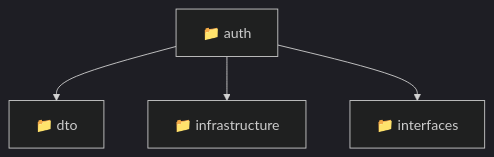
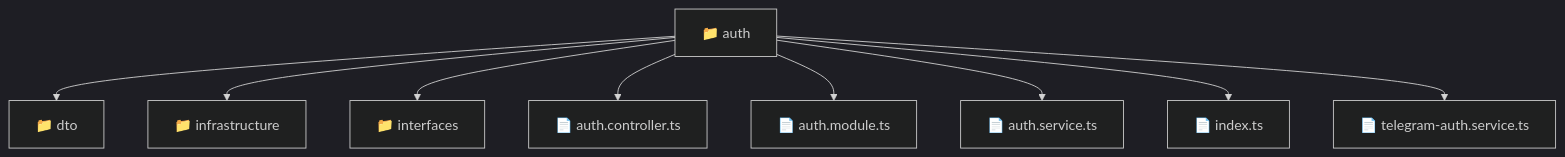
One commit to beginwebdev2002/fullstack-mavluda changed the diagram in backend/src/modules/auth/README.md. Above: the diagram before and after it, drawn with Mermaid (dark theme). The commit also changed other lines of this file and 165 other files, not shown here.

First line of the commit message:
docs: generate localized architectural READMEs

````diff
--- a/backend/src/modules/auth/README.md
+++ b/backend/src/modules/auth/README.md
@@ -10,7 +9,12 @@
 ```mermaid
 graph TD
-  Root["📁 auth"]
-  Root --> dto["📁 dto"]
-  Root --> infrastructure["📁 infrastructure"]
-  Root --> interfaces["📁 interfaces"]
+  auth["📁 auth"]
+  auth --> dto["📁 dto"]
+  auth --> infrastructure["📁 infrastructure"]
+  auth --> interfaces["📁 interfaces"]
+  auth --> auth_controller_ts["📄 auth.controller.ts"]
+  auth --> auth_module_ts["📄 auth.module.ts"]
+  auth --> auth_service_ts["📄 auth.service.ts"]
+  auth --> index_ts["📄 index.ts"]
+  auth --> telegram_auth_service_ts["📄 telegram-auth.service.ts"]
 ```
````
